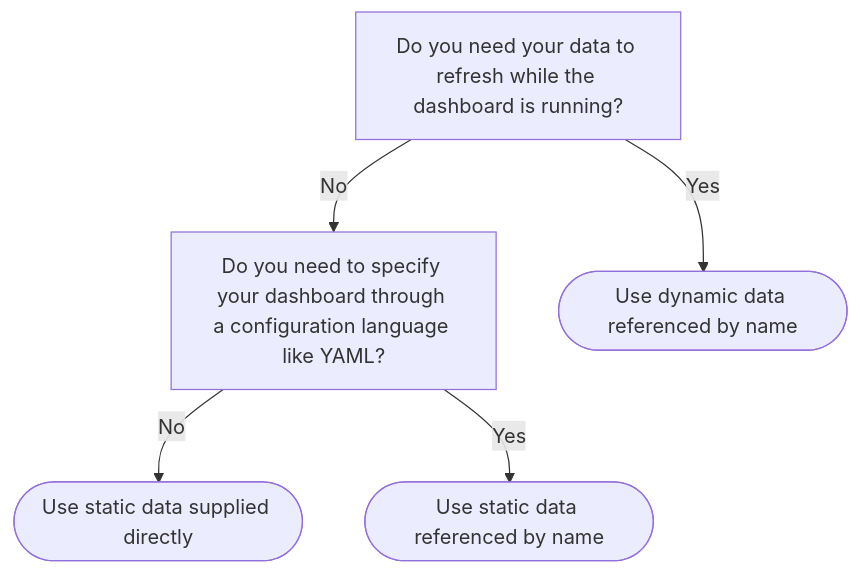
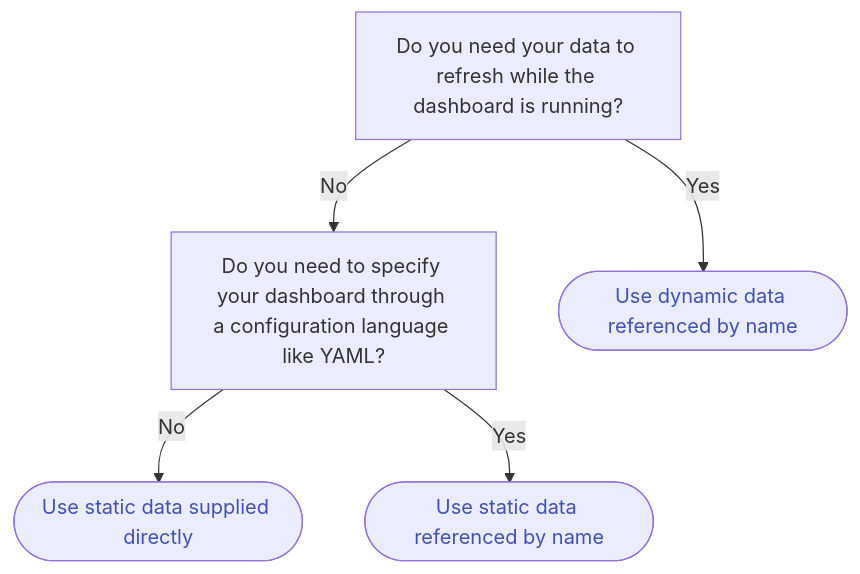
One commit to mckinsey/vizro changed the diagram in vizro-core/docs/pages/user-guides/data.md. Above: the diagram before and after it, drawn with Mermaid.

Commit message:
Color clickable parts of mermaid diagram

````diff
--- a/vizro-core/docs/pages/user-guides/data.md
+++ b/vizro-core/docs/pages/user-guides/data.md
@@ -9,17 +9,19 @@
 ``` mermaid
 graph TD
   refresh["`Do you need your data to refresh while the dashboard is running?`"]
   specification["`Do you need to specify your dashboard through a configuration language like YAML?`"]
   dynamic([Use dynamic data referenced by name])
   static-direct([Use static data supplied directly])
   static-name([Use static data referenced by name])
 
   refresh -- No --> specification
   refresh -- Yes --> dynamic
   specification -- No --> static-direct
   specification -- Yes --> static-name
   
   click static-direct href "../static-data#supply-directly"
   click static-name href "../static-data#reference-by-name"
   click dynamic href "../dynamic-data"
+  
+  classDef clickable color:#4051b5;
 ```
````
